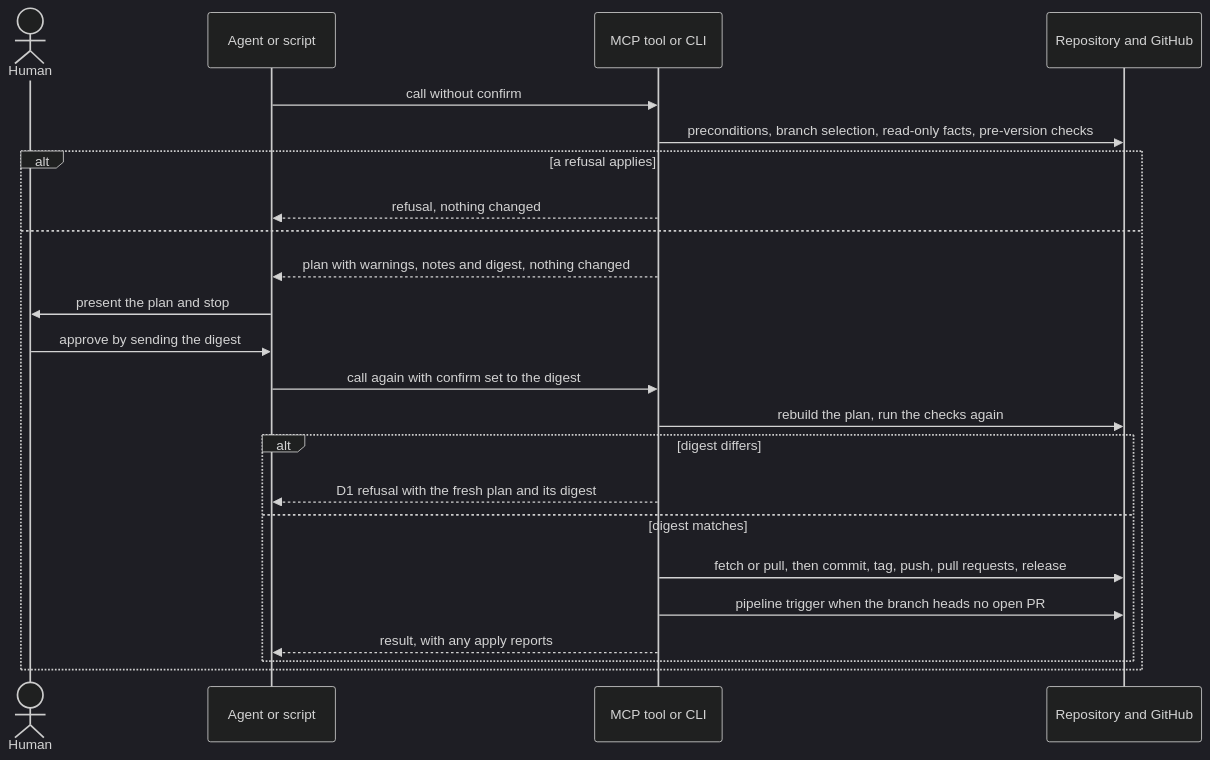
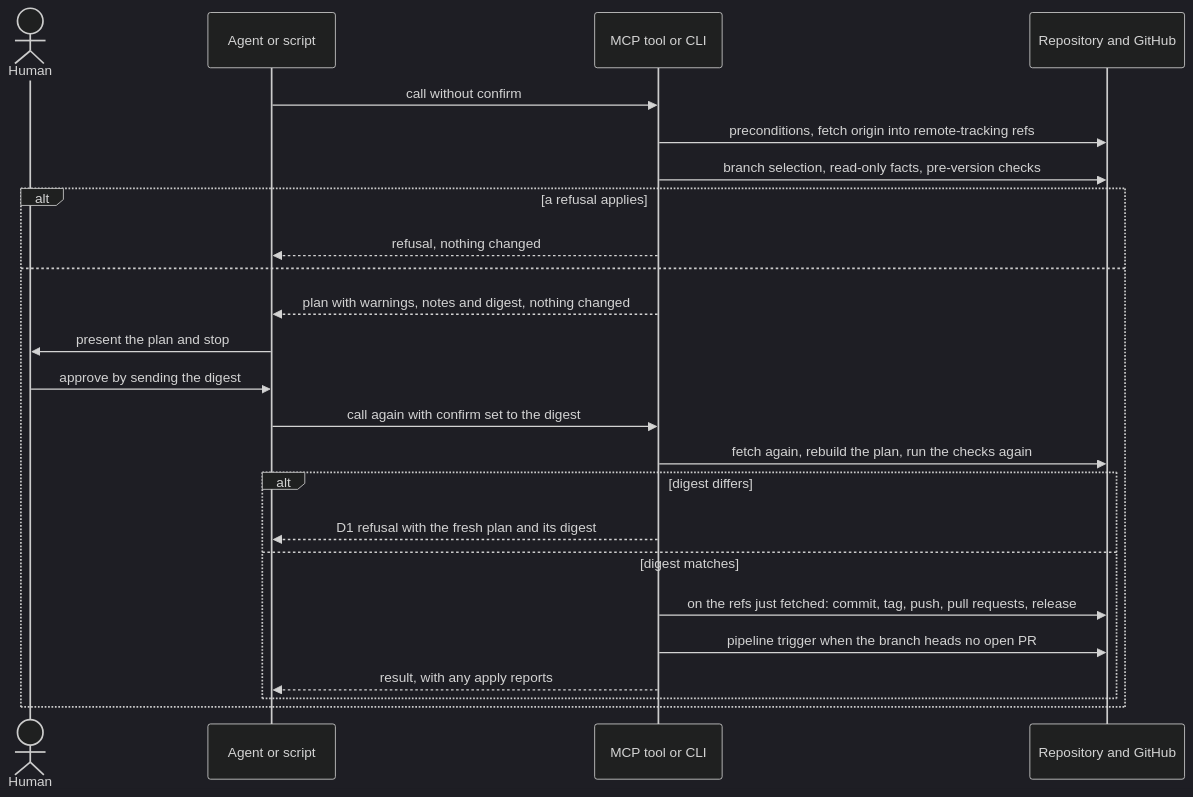
Before and after one commit to officespacesoftware/versioner: the third of 6 diagrams in docs/flows.md, drawn with Mermaid (dark theme). The commit also changed other lines of this file and 14 other files, not shown here.

First line of the commit message:
Fetch origin before every plan, and apply to exactly the state the plan fetched

````diff
--- a/docs/flows.md
+++ b/docs/flows.md
@@ -75,26 +75,27 @@
 ```mermaid
 sequenceDiagram
   actor H as Human
   participant C as Agent or script
   participant T as MCP tool or CLI
   participant R as Repository and GitHub
 
   C->>T: call without confirm
-  T->>R: preconditions, branch selection, read-only facts, pre-version checks
+  T->>R: preconditions, fetch origin into remote-tracking refs
+  T->>R: branch selection, read-only facts, pre-version checks
   alt a refusal applies
     T-->>C: refusal, nothing changed
   else
     T-->>C: plan with warnings, notes and digest, nothing changed
     C->>H: present the plan and stop
     H->>C: approve by sending the digest
     C->>T: call again with confirm set to the digest
-    T->>R: rebuild the plan, run the checks again
+    T->>R: fetch again, rebuild the plan, run the checks again
     alt digest differs
       T-->>C: D1 refusal with the fresh plan and its digest
     else digest matches
-      T->>R: fetch or pull, then commit, tag, push, pull requests, release
+      T->>R: on the refs just fetched: commit, tag, push, pull requests, release
       T->>R: pipeline trigger when the branch heads no open PR
       T-->>C: result, with any apply reports
     end
   end
 ```
````
